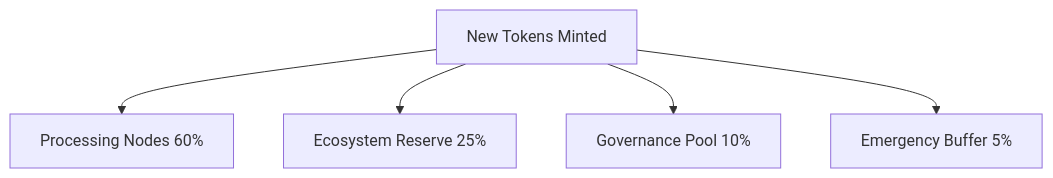
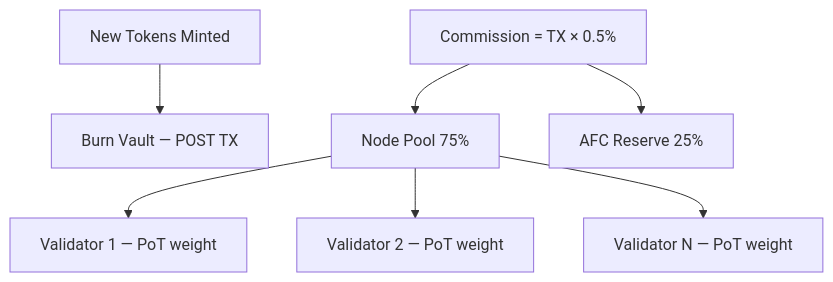
The diagram in 03_token_management_layer/token_distribution_model.md (Aros-Technology-Studio/AST-Aros-Financial-Paradigm), drawn with Mermaid before and after one commit. The commit also changed other lines of this file and 7 other files, not shown here.

````diff
--- a/03_token_management_layer/token_distribution_model.md
+++ b/03_token_management_layer/token_distribution_model.md
@@ -26,7 +24,9 @@
 ```mermaid
 graph TD
-    Mint[New Tokens Minted] --> Nodes[Processing Nodes 60%]
-    Mint --> Ecosystem[Ecosystem Reserve 25%]
-    Mint --> Governance[Governance Pool 10%]
-    Mint --> Emergency[Emergency Buffer 5%]
+    Mint[New Tokens Minted] --> Burn[Burn Vault — POST TX]
+    Commission[Commission = TX × 0.5%] --> Nodes[Node Pool 75%]
+    Commission --> AFC[AFC Reserve 25%]
+    Nodes --> V1[Validator 1 — PoT weight]
+    Nodes --> V2[Validator 2 — PoT weight]
+    Nodes --> VN[Validator N — PoT weight]
 ```
````
